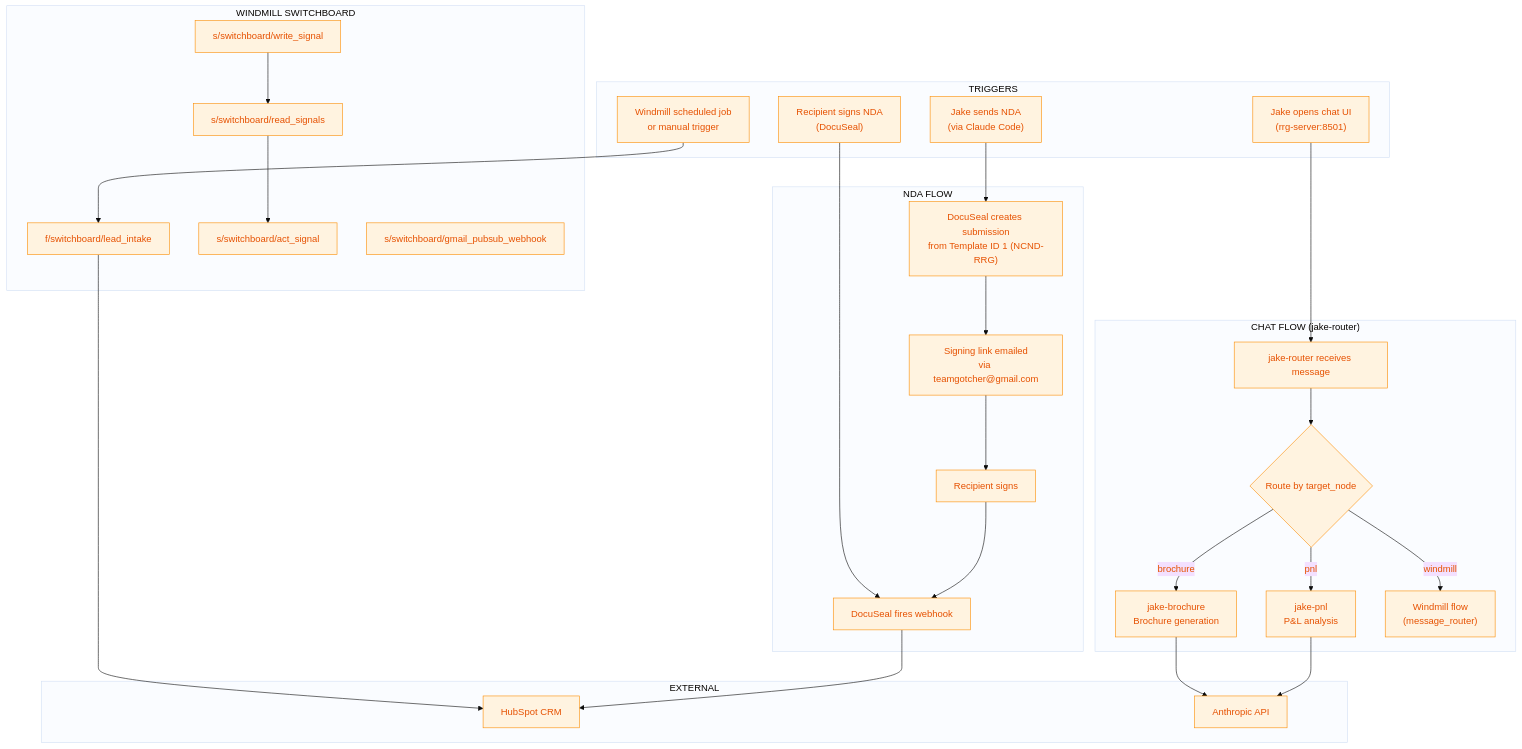
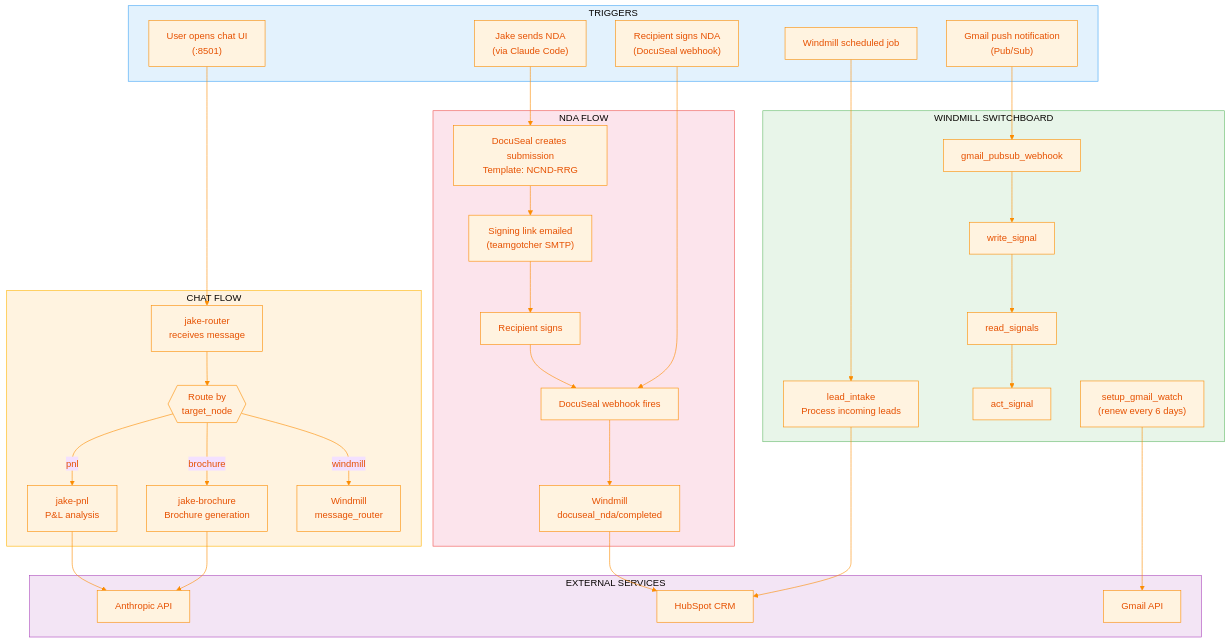
The third of 3 diagrams in docs/ARCHITECTURE.md (BeastofOne/rrg-server), drawn with Mermaid before and after one commit. The commit also changed other lines of this file, not shown here.

First line of the commit message:
Sync ARCHITECTURE.md inline diagrams with rewritten .mmd files

````diff
--- a/docs/ARCHITECTURE.md
+++ b/docs/ARCHITECTURE.md
@@ -167,63 +154,74 @@
 ```mermaid
-%%{init: {'theme': 'base', 'themeVariables': { 'primaryColor': '#fff3e0', 'primaryTextColor': '#e65100', 'primaryBorderColor': '#fb8c00'}}}%%
+%%{init: {'theme': 'base', 'themeVariables': { 'primaryColor': '#fff3e0', 'primaryTextColor': '#e65100', 'primaryBorderColor': '#fb8c00', 'lineColor': '#fb8c00'}}}%%
 
 graph TB
     subgraph TRIGGERS["TRIGGERS"]
-        T1["Jake opens chat UI<br/>(rrg-server:8501)"]
-        T2["Jake sends NDA<br/>(via Claude Code)"]
-        T3["Recipient signs NDA<br/>(DocuSeal)"]
-        T4["Windmill scheduled job<br/>or manual trigger"]
+        T_CHAT["User opens chat UI<br/>(:8501)"]
+        T_NDA["Jake sends NDA<br/>(via Claude Code)"]
+        T_SIGN["Recipient signs NDA<br/>(DocuSeal webhook)"]
+        T_SCHED["Windmill scheduled job"]
+        T_GMAIL["Gmail push notification<br/>(Pub/Sub)"]
     end
 
-    subgraph CHAT_FLOW["CHAT FLOW (jake-router)"]
-        ROUTER_IN["jake-router receives message"]
-        ROUTE_DECIDE{"Route by target_node"}
-        PNL_WORKER["jake-pnl<br/>P&L analysis"]
-        BROCHURE_WORKER["jake-brochure<br/>Brochure generation"]
-        WM_FLOW["Windmill flow<br/>(message_router)"]
+    subgraph CHAT_FLOW["CHAT FLOW"]
+        ROUTER["jake-router<br/>receives message"]
+        ROUTE{{"Route by<br/>target_node"}}
+        PNL["jake-pnl<br/>P&L analysis"]
+        BROCHURE["jake-brochure<br/>Brochure generation"]
+        WM_MSG["Windmill<br/>message_router"]
     end
 
     subgraph NDA_FLOW["NDA FLOW"]
-        NDA_SEND["DocuSeal creates submission<br/>from Template ID 1 (NCND-RRG)"]
-        NDA_EMAIL["Signing link emailed<br/>via teamgotcher@gmail.com"]
-        NDA_SIGN["Recipient signs"]
-        NDA_COMPLETE["DocuSeal fires webhook"]
+        DS_CREATE["DocuSeal creates submission<br/>Template: NCND-RRG"]
+        DS_EMAIL["Signing link emailed<br/>(teamgotcher SMTP)"]
+        DS_SIGN["Recipient signs"]
+        DS_HOOK["DocuSeal webhook fires"]
+        DS_HANDLER["Windmill<br/>docuseal_nda/completed"]
     end
 
-    subgraph WINDMILL_FLOWS["WINDMILL SWITCHBOARD"]
-        WM_LEAD["f/switchboard/lead_intake"]
-        WM_SIGNAL_W["s/switchboard/write_signal"]
-        WM_SIGNAL_R["s/switchboard/read_signals"]
-        WM_SIGNAL_A["s/switchboard/act_signal"]
-        WM_GMAIL["s/switchboard/gmail_pubsub_webhook"]
+    subgraph SWITCHBOARD["WINDMILL SWITCHBOARD"]
+        LEAD["lead_intake<br/>Process incoming leads"]
+        SIG_W["write_signal"]
+        SIG_R["read_signals"]
+        SIG_A["act_signal"]
+        GMAIL_WH["gmail_pubsub_webhook"]
+        GMAIL_WATCH["setup_gmail_watch<br/>(renew every 6 days)"]
     end
 
-    subgraph ENDPOINTS["EXTERNAL"]
+    subgraph EXTERNAL["EXTERNAL SERVICES"]
         HUBSPOT["HubSpot CRM"]
         CLAUDE["Anthropic API"]
+        GMAIL_API["Gmail API"]
     end
 
     %% Chat flow
-    T1 --> ROUTER_IN
-    ROUTER_IN --> ROUTE_DECIDE
-    ROUTE_DECIDE -->|"pnl"| PNL_WORKER
-    ROUTE_DECIDE -->|"brochure"| BROCHURE_WORKER
-    ROUTE_DECIDE -->|"windmill"| WM_FLOW
-    PNL_WORKER --> CLAUDE
-    BROCHURE_WORKER --> CLAUDE
+    T_CHAT --> ROUTER --> ROUTE
+    ROUTE -->|"pnl"| PNL
+    ROUTE -->|"brochure"| BROCHURE
+    ROUTE -->|"windmill"| WM_MSG
+    PNL --> CLAUDE
+    BROCHURE --> CLAUDE
 
     %% NDA flow
-    T2 --> NDA_SEND
-    NDA_SEND --> NDA_EMAIL
-    NDA_EMAIL --> NDA_SIGN
-    NDA_SIGN --> NDA_COMPLETE
-    NDA_COMPLETE --> HUBSPOT
+    T_NDA --> DS_CREATE --> DS_EMAIL --> DS_SIGN
+    T_SIGN --> DS_HOOK
+    DS_SIGN --> DS_HOOK
+    DS_HOOK --> DS_HANDLER --> HUBSPOT
 
-    %% Windmill
-    T4 --> WM_LEAD
-    WM_LEAD --> HUBSPOT
-    WM_SIGNAL_W --> WM_SIGNAL_R
-    WM_SIGNAL_R --> WM_SIGNAL_A
+    %% Windmill flows
+    T_SCHED --> LEAD --> HUBSPOT
+    T_GMAIL --> GMAIL_WH --> SIG_W
 
-    T3 --> NDA_COMPLETE
+    %% Signal pipeline
+    SIG_W --> SIG_R --> SIG_A
+
+    %% Gmail watch
+    GMAIL_WATCH --> GMAIL_API
+
+    %% Styling
+    style TRIGGERS fill:#e3f2fd,stroke:#42a5f5
+    style EXTERNAL fill:#f3e5f5,stroke:#ab47bc
+    style SWITCHBOARD fill:#e8f5e9,stroke:#66bb6a
+    style NDA_FLOW fill:#fce4ec,stroke:#ef5350
+    style CHAT_FLOW fill:#fff3e0,stroke:#ffb300
 ```
````
